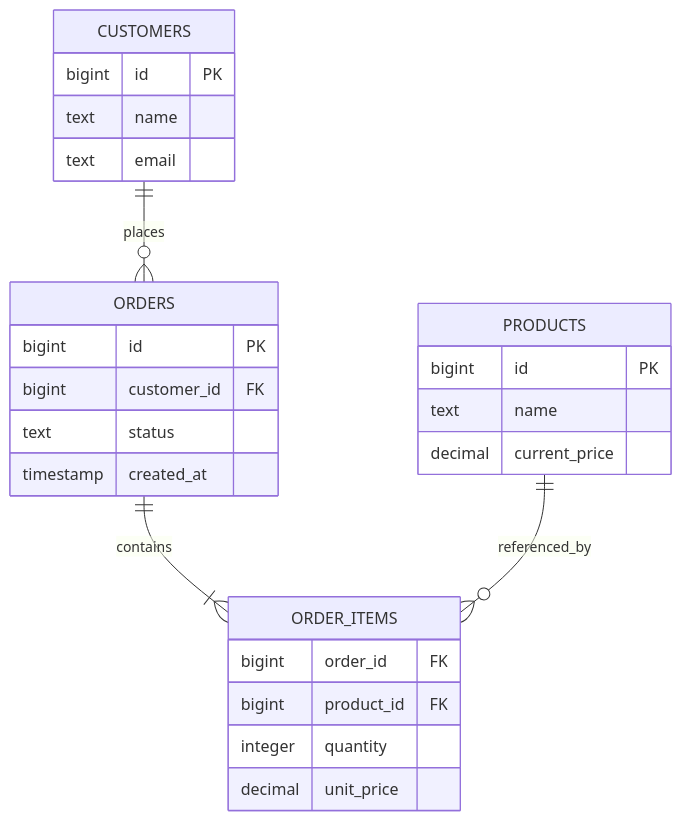
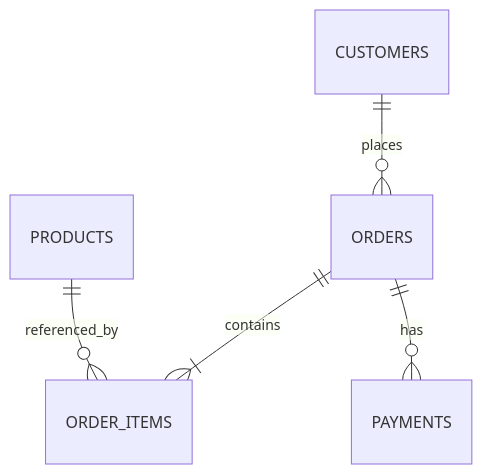
One commit to AvadhBhalodiya/Interview-Preparation changed the second of 3 diagrams in src/content/databases/sql-vs-nosql.md. Above: the diagram before and after it, drawn with Mermaid. The commit also changed other lines of this file and 80 other files, not shown here.

````diff
--- a/src/content/databases/sql-vs-nosql.md
+++ b/src/content/databases/sql-vs-nosql.md
@@ -519,32 +96,7 @@
 ```mermaid
 erDiagram
     CUSTOMERS ||--o{ ORDERS : places
     ORDERS ||--|{ ORDER_ITEMS : contains
     PRODUCTS ||--o{ ORDER_ITEMS : referenced_by
-
-    CUSTOMERS {
-        bigint id PK
-        text name
-        text email
-    }
-
-    ORDERS {
-        bigint id PK
-        bigint customer_id FK
-        text status
-        timestamp created_at
-    }
-
-    PRODUCTS {
-        bigint id PK
-        text name
-        decimal current_price
-    }
-
-    ORDER_ITEMS {
-        bigint order_id FK
-        bigint product_id FK
-        integer quantity
-        decimal unit_price
-    }
+    ORDERS ||--o{ PAYMENTS : has
 ```
````
